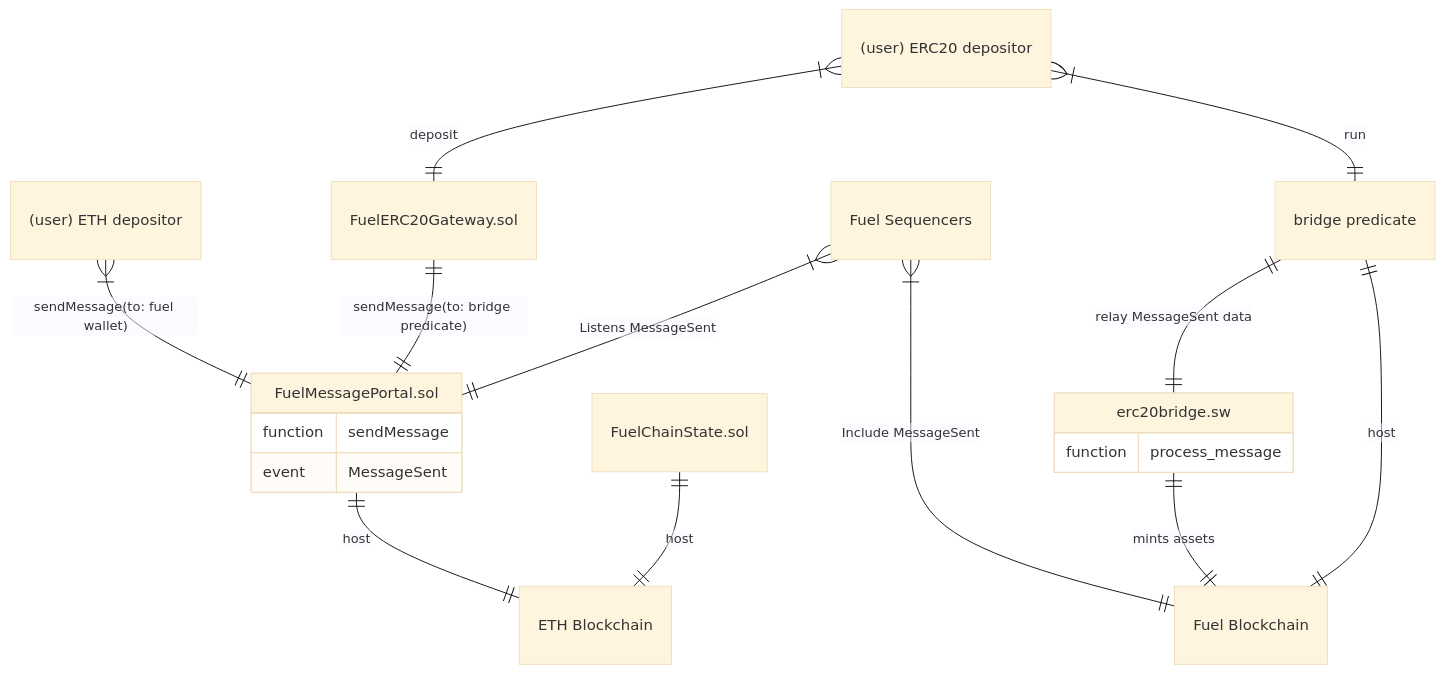
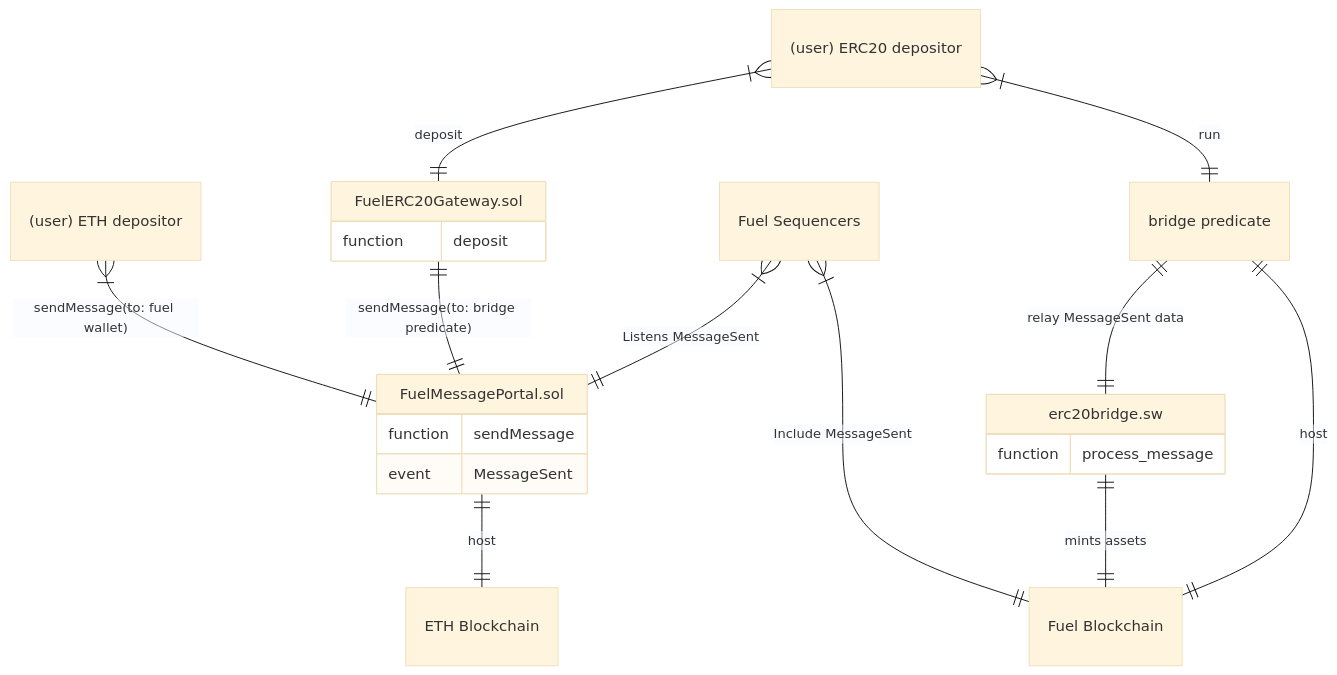
The first of 5 diagrams in docs/ARCHITECTURE.md (FuelLabs/fuel-bridge), drawn with Mermaid (base theme) before and after one commit. The commit also changed other lines of this file and 1 other file, not shown here.

````diff
--- a/docs/ARCHITECTURE.md
+++ b/docs/ARCHITECTURE.md
@@ -43,21 +43,23 @@
 ```mermaid
-erDiagram
+erDiagram 
     "FuelMessagePortal.sol" {
         function sendMessage 
         event MessageSent
     }
     "FuelMessagePortal.sol" ||--|| "ETH Blockchain" : "host"
-    "FuelChainState.sol" ||--|| "ETH Blockchain" : "host"
     "(user) ETH depositor" }|--|| "FuelMessagePortal.sol" : "sendMessage(to: fuel wallet)"
+    "FuelERC20Gateway.sol" {
+        function deposit
+    }
     "FuelERC20Gateway.sol" ||--|| "FuelMessagePortal.sol" : "sendMessage(to: bridge predicate)"
     "Fuel Sequencers" }|--|| "FuelMessagePortal.sol" : "Listens MessageSent"
     "Fuel Sequencers" }|--|| "Fuel Blockchain" : "Include MessageSent"
     "(user) ERC20 depositor" }|--|| "FuelERC20Gateway.sol" : "deposit"
     "erc20bridge.sw" ||--|| "Fuel Blockchain" : "mints assets"
     "bridge predicate" ||--|| "Fuel Blockchain" : "host"
     "erc20bridge.sw" {
         function process_message
     }
     "(user) ERC20 depositor" }|--|| "bridge predicate" : "run"
     "bridge predicate" ||--|| "erc20bridge.sw" : "relay MessageSent data"
 ```
````
